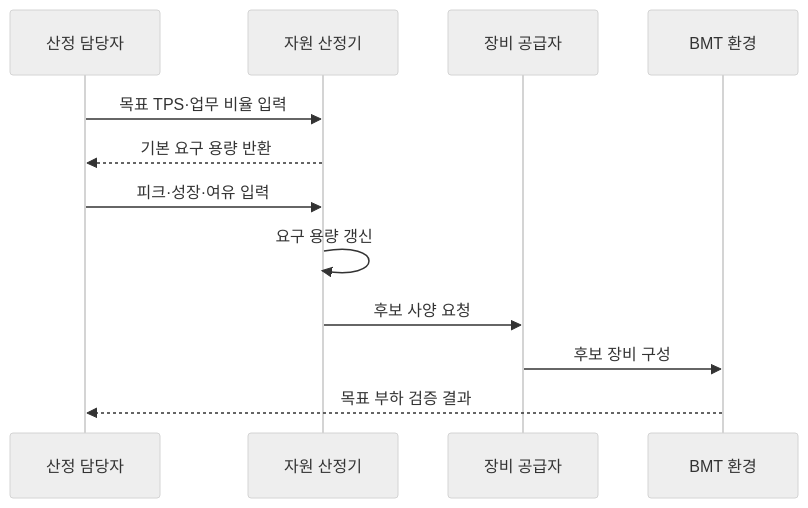
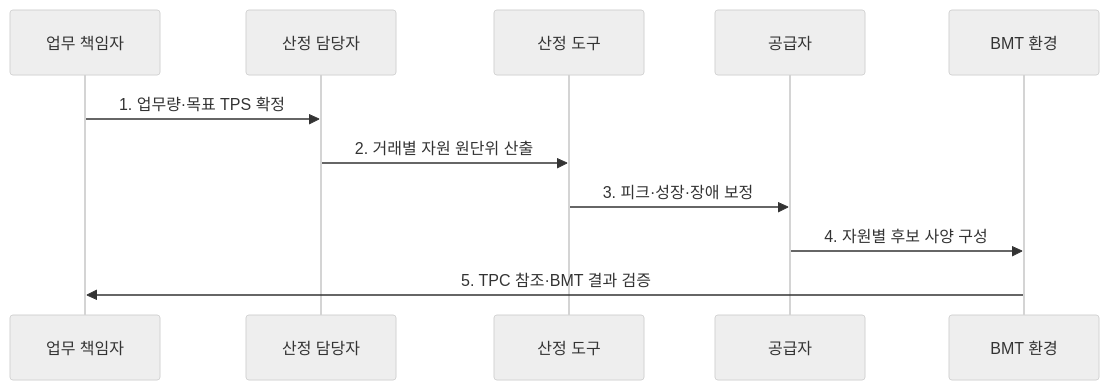
One commit to agnusdei1207/knowledge-base changed the second of 2 diagrams in src/content/docs/notes/06-evaluation/009_hw_sizing_tps_based.md. Above: the diagram before and after it, drawn with Mermaid (neutral theme). The commit also changed other lines of this file and 6 other files, not shown here.

````diff
--- a/src/content/docs/notes/06-evaluation/009_hw_sizing_tps_based.md
+++ b/src/content/docs/notes/06-evaluation/009_hw_sizing_tps_based.md
@@ -82,14 +79,13 @@
 ```mermaid
 sequenceDiagram
-    participant A as 산정 담당자
-    participant C as 자원 산정기
-    participant V as 장비 공급자
-    participant B as BMT 환경
-    A->>C: 목표 TPS·업무 비율 입력
-    C-->>A: 기본 요구 용량 반환
-    A->>C: 피크·성장·여유 입력
-    C->>C: 요구 용량 갱신
-    C->>V: 후보 사양 요청
-    V->>B: 후보 장비 구성
-    B-->>A: 목표 부하 검증 결과
+  participant O as 업무 책임자
+  participant A as 산정 담당자
+  participant C as 산정 도구
+  participant V as 공급자
+  participant B as BMT 환경
+  O->>A: 1. 업무량·목표 TPS 확정
+  A->>C: 2. 거래별 자원 원단위 산출
+  C->>V: 3. 피크·성장·장애 보정
+  V->>B: 4. 자원별 후보 사양 구성
+  B->>O: 5. TPC 참조·BMT 결과 검증
 ```
````
